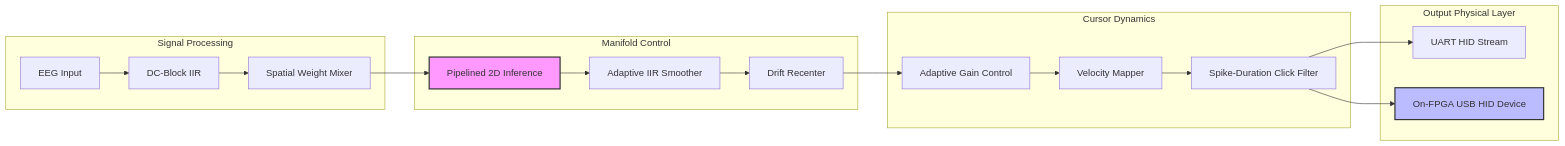
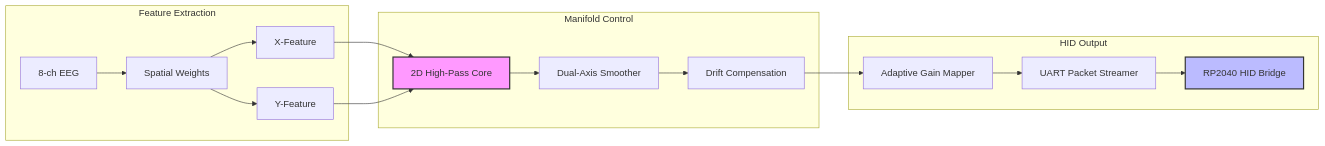
One commit to dawsonblock/ECG-CURSOR changed the diagram in README.md. Above: the diagram before and after it, drawn with Mermaid. The commit also changed other lines of this file and 9 other files, not shown here.

Commit message:
Final Refinement: Implementation of True 2D decoding, fixed feature extractor, and robust UART protocol

````diff
--- a/README.md
+++ b/README.md
@@ -28,27 +27,23 @@
 ```mermaid
 graph LR
-    subgraph Signal Processing
-        A[EEG Input] --> B[DC-Block IIR]
-        B --> C[Spatial Weight Mixer]
+    subgraph Feature Extraction
+        A[8-ch EEG] --> B[Spatial Weights]
+        B --> C[X-Feature]
+        B --> D[Y-Feature]
     end
     
     subgraph Manifold Control
-        C --> D[Pipelined 2D Inference]
-        D --> E[Adaptive IIR Smoother]
-        E --> F[Drift Recenter]
+        C & D --> E[2D High-Pass Core]
+        E --> F[Dual-Axis Smoother]
+        F --> G[Drift Compensation]
     end
     
-    subgraph Cursor Dynamics
-        F --> G[Adaptive Gain Control]
-        G --> H[Velocity Mapper]
-        H --> I[Spike-Duration Click Filter]
+    subgraph HID Output
+        G --> H[Adaptive Gain Mapper]
+        H --> I[UART Packet Streamer]
+        I --> J[RP2040 HID Bridge]
     end
     
-    subgraph Output Physical Layer
-        I --> J[UART HID Stream]
-        I --> K[On-FPGA USB HID Device]
-    end
-    
-    style D fill:#f9f,stroke:#333,stroke-width:2px
-    style K fill:#bbf,stroke:#333,stroke-width:2px
+    style E fill:#f9f,stroke:#333,stroke-width:2px
+    style J fill:#bbf,stroke:#333,stroke-width:2px
 ```
````
